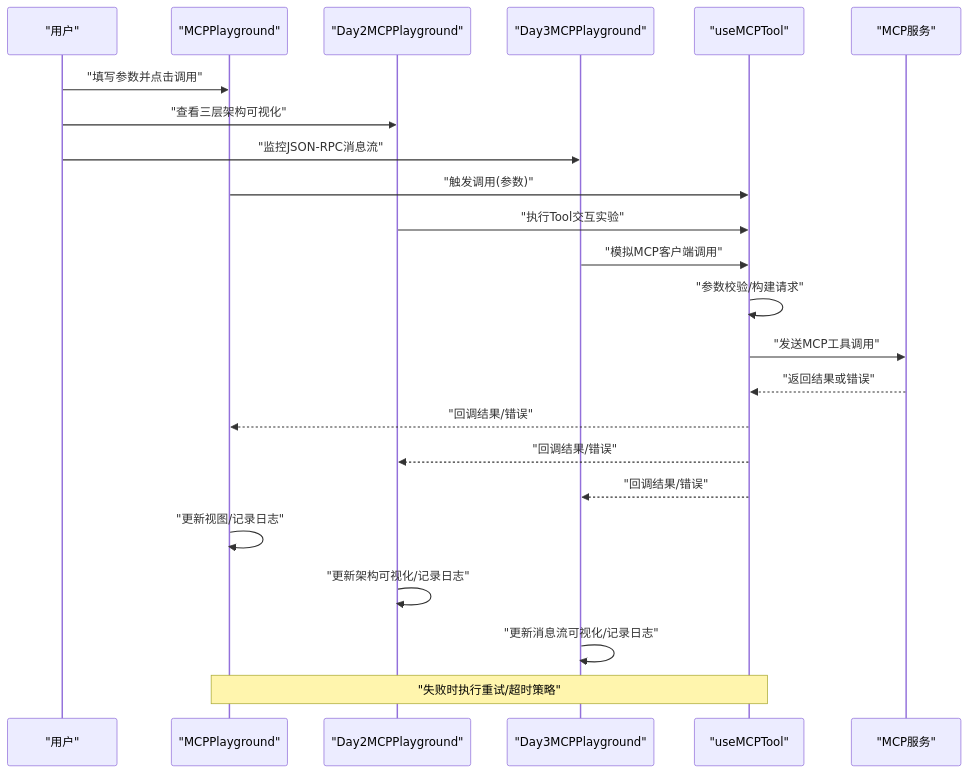
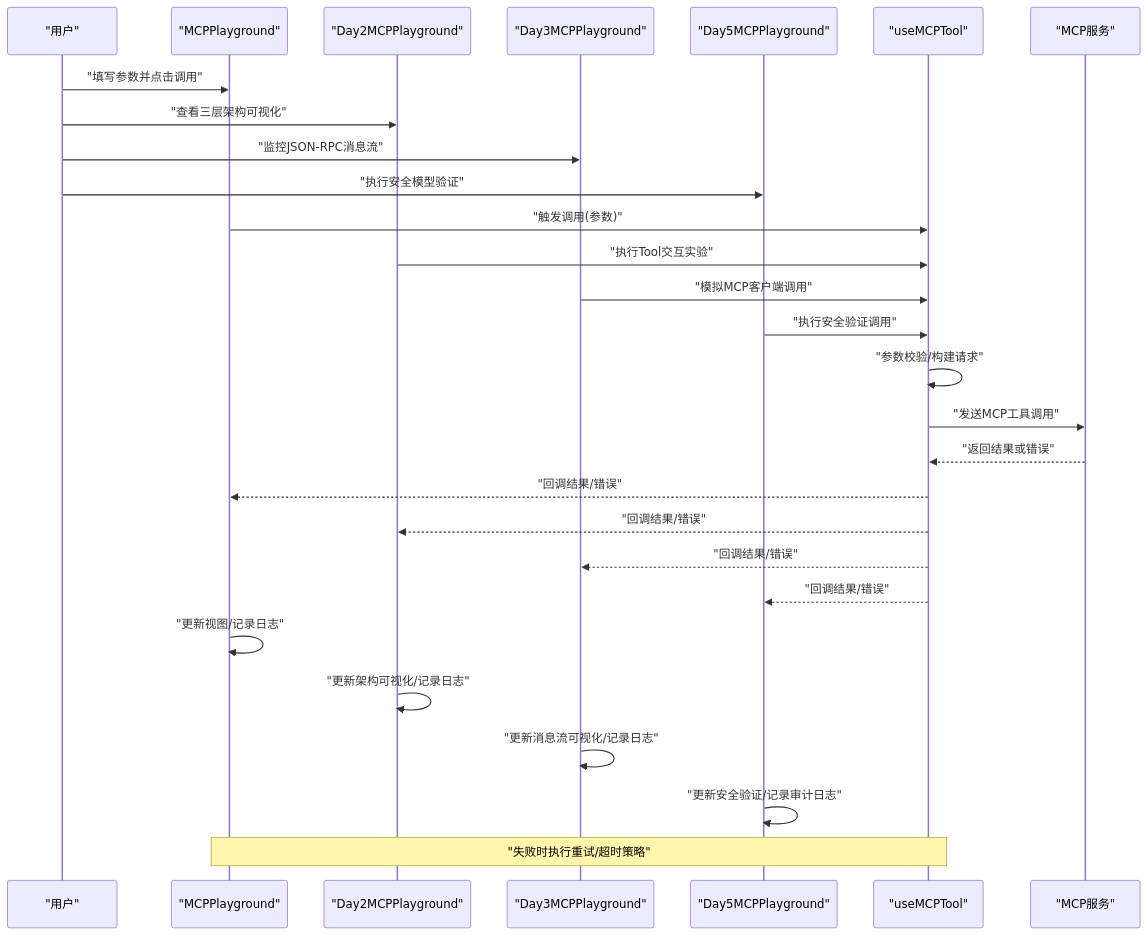
Before and after one commit to Leslie-Chuan/classic-example: the second of 3 diagrams in .qoder/repowiki/zh/content/UI组件/MCPPlayground组件.md, drawn with Mermaid. The commit also changed other lines of this file and 49 other files, not shown here.

````diff
--- a/.qoder/repowiki/zh/content/UI组件/MCPPlayground组件.md
+++ b/.qoder/repowiki/zh/content/UI组件/MCPPlayground组件.md
@@ -109,25 +119,30 @@
 ```mermaid
 sequenceDiagram
 participant U as "用户"
 participant P as "MCPPlayground"
 participant P2 as "Day2MCPPlayground"
 participant P3 as "Day3MCPPlayground"
+participant P5 as "Day5MCPPlayground"
 participant H as "useMCPTool"
 participant S as "MCP服务"
 U->>P : "填写参数并点击调用"
 U->>P2 : "查看三层架构可视化"
 U->>P3 : "监控JSON-RPC消息流"
+U->>P5 : "执行安全模型验证"
 P->>H : "触发调用(参数)"
 P2->>H : "执行Tool交互实验"
 P3->>H : "模拟MCP客户端调用"
+P5->>H : "执行安全验证调用"
 H->>H : "参数校验/构建请求"
 H->>S : "发送MCP工具调用"
 S-->>H : "返回结果或错误"
 H-->>P : "回调结果/错误"
 H-->>P2 : "回调结果/错误"
 H-->>P3 : "回调结果/错误"
+H-->>P5 : "回调结果/错误"
 P->>P : "更新视图/记录日志"
 P2->>P2 : "更新架构可视化/记录日志"
 P3->>P3 : "更新消息流可视化/记录日志"
+P5->>P5 : "更新安全验证/记录审计日志"
 Note over P,H : "失败时执行重试/超时策略"
 ```
````
